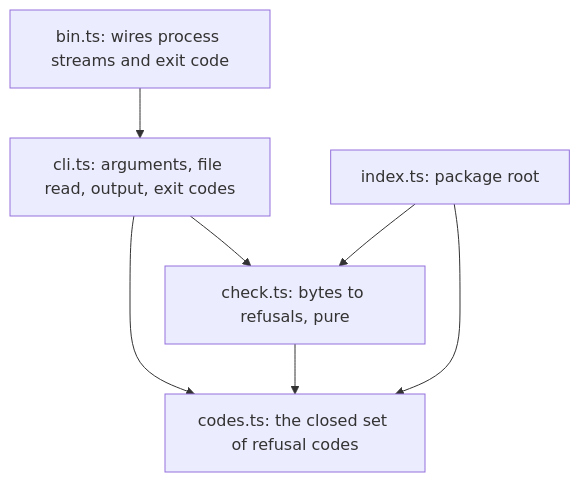
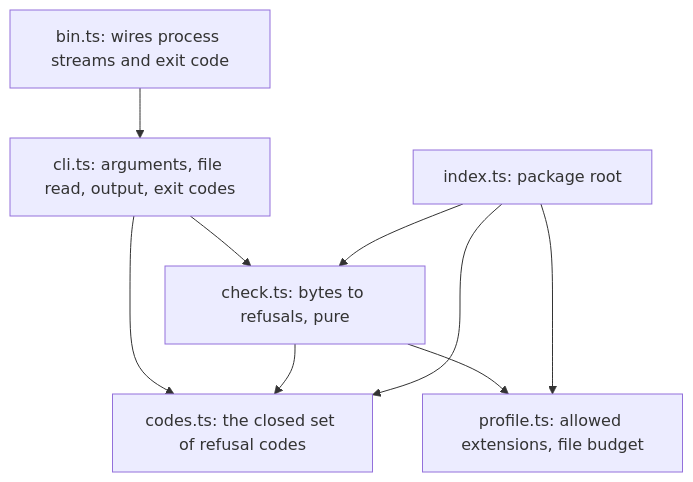
Before and after one commit to overnightworks/figure: the second of 3 diagrams in docs/ARCHITECTURE.md, drawn with Mermaid. The commit also changed other lines of this file and 12 other files, not shown here.

````diff
--- a/docs/ARCHITECTURE.md
+++ b/docs/ARCHITECTURE.md
@@ -23,10 +23,13 @@
 ```mermaid
 flowchart TD
     bin["bin.ts: wires process streams and exit code"] --> cli
     cli["cli.ts: arguments, file read, output, exit codes"] --> check
     cli --> codes
     check["check.ts: bytes to refusals, pure"] --> codes
+    check --> profile
+    profile["profile.ts: allowed extensions, file budget"]
     codes["codes.ts: the closed set of refusal codes"]
     index["index.ts: package root"] --> check
+    index --> profile
     index --> codes
 ```
````
